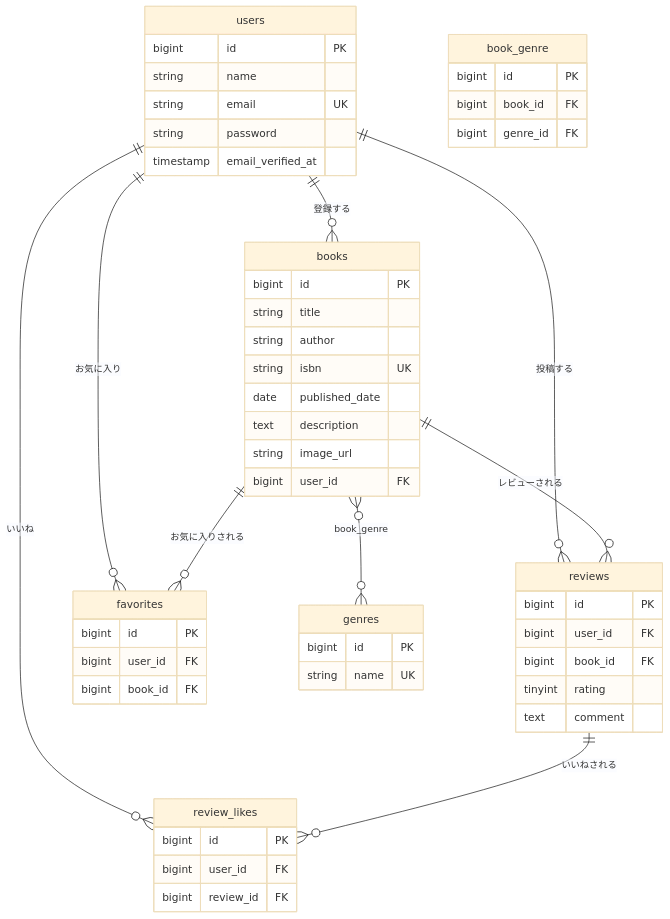
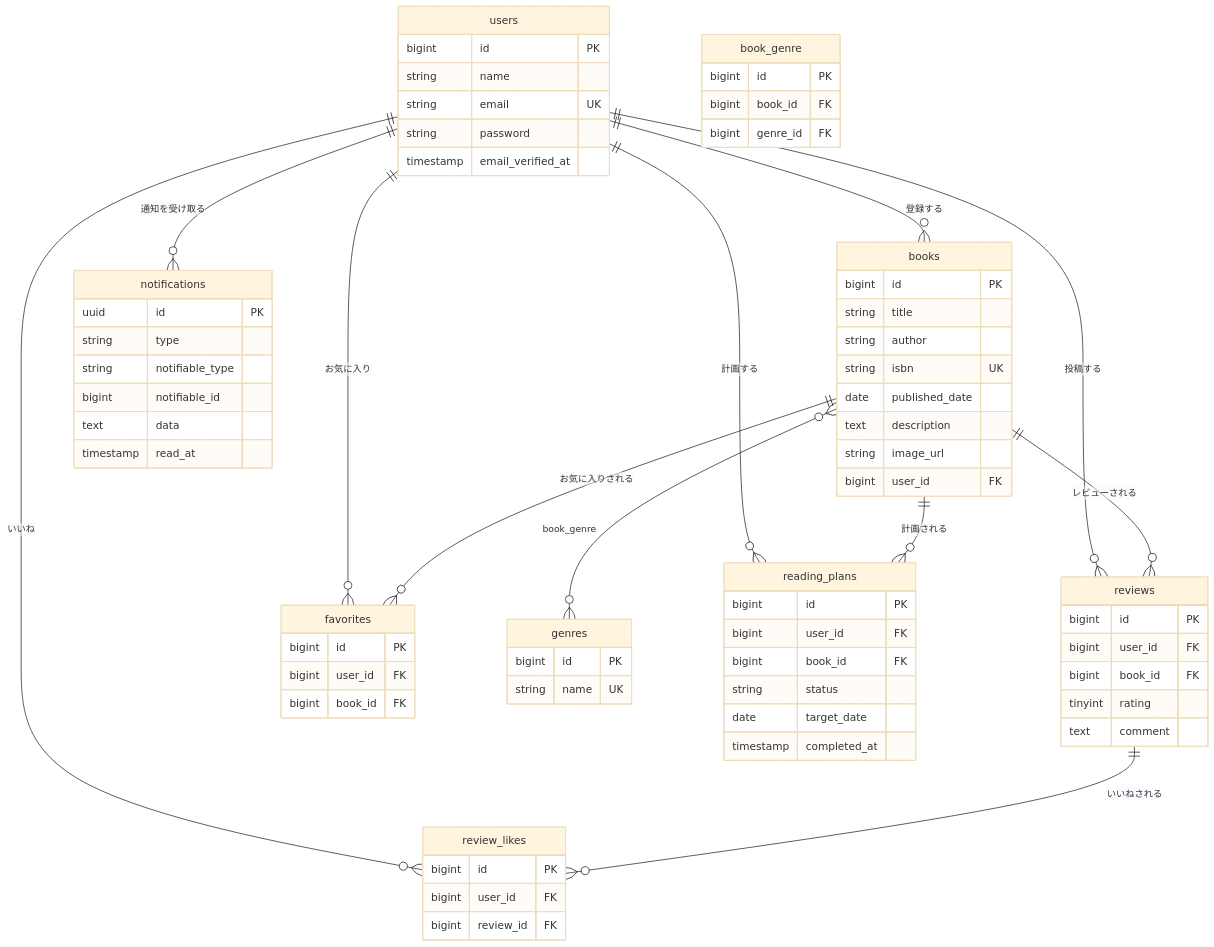
Before and after one commit to sae0715/bookshelf-app: the diagram in README.md, drawn with Mermaid (base theme). The commit also changed other lines of this file and 1 other file, not shown here.

Commit message:
docs: READMEに応用機能・ER図・環境変数・日次バッチの説明を追加

````diff
--- a/README.md
+++ b/README.md
@@ -24,55 +37,75 @@
 ```mermaid
 erDiagram
     users ||--o{ books : "登録する"
     users ||--o{ reviews : "投稿する"
     users ||--o{ favorites : "お気に入り"
     users ||--o{ review_likes : "いいね"
     books ||--o{ reviews : "レビューされる"
     books ||--o{ favorites : "お気に入りされる"
     books }o--o{ genres : "book_genre"
     reviews ||--o{ review_likes : "いいねされる"
+    users ||--o{ reading_plans : "計画する"
+    books ||--o{ reading_plans : "計画される"
+    users ||--o{ notifications : "通知を受け取る"
 
     users {
         bigint id PK
         string name
         string email UK
         string password
         timestamp email_verified_at
     }
     books {
         bigint id PK
         string title
         string author
         string isbn UK
         date published_date
         text description
         string image_url
         bigint user_id FK
     }
     genres {
         bigint id PK
         string name UK
     }
     book_genre {
         bigint id PK
         bigint book_id FK
         bigint genre_id FK
     }
     reviews {
         bigint id PK
         bigint user_id FK
         bigint book_id FK
         tinyint rating
         text comment
     }
     favorites {
         bigint id PK
         bigint user_id FK
         bigint book_id FK
     }
     review_likes {
         bigint id PK
         bigint user_id FK
         bigint review_id FK
     }
+
+    reading_plans {
+        bigint id PK
+        bigint user_id FK
+        bigint book_id FK
+        string status
+        date target_date
+        timestamp completed_at
+    }
+    notifications {
+        uuid id PK
+        string type
+        string notifiable_type
+        bigint notifiable_id
+        text data
+        timestamp read_at
+    }
 ```
````
